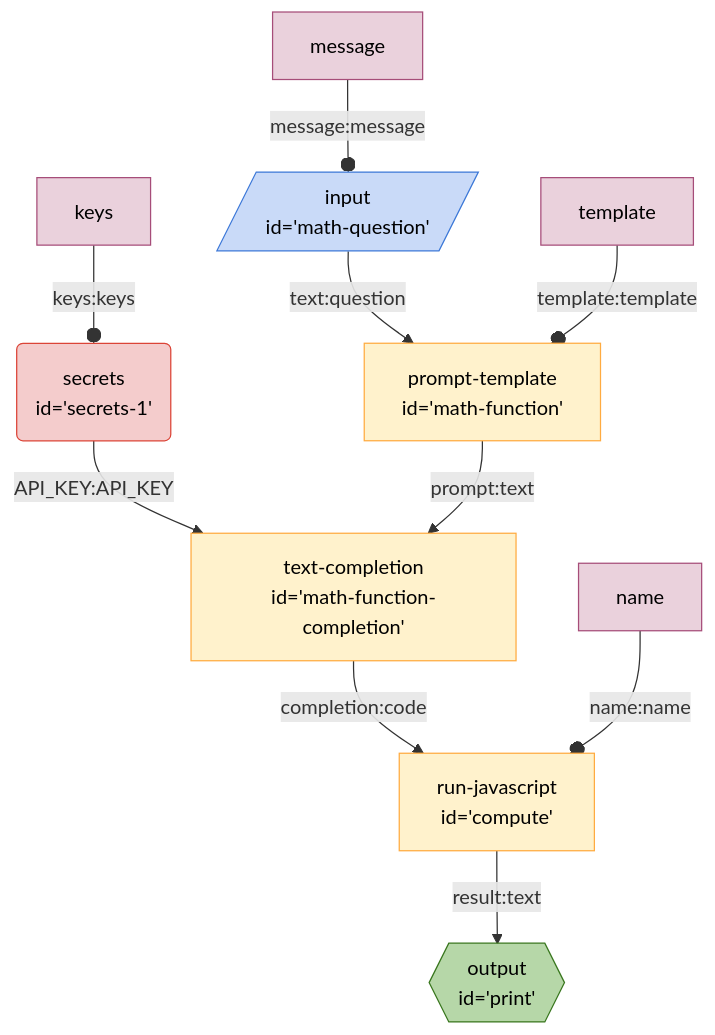
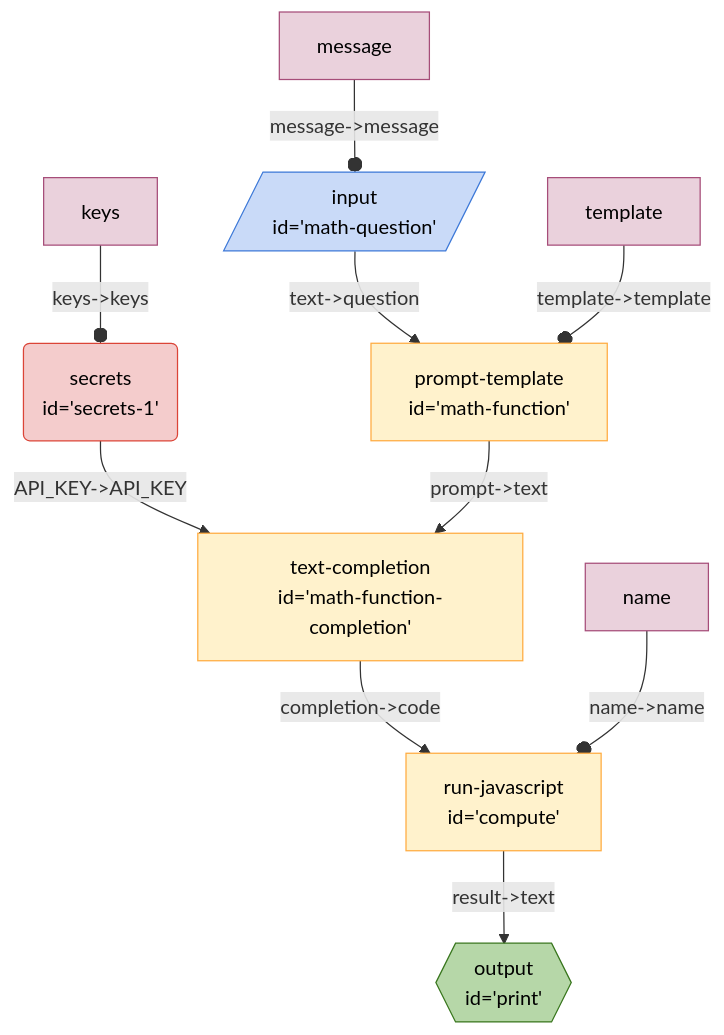
The diagram in seeds/graph-playground/docs/graphs/math.md (breadboard-ai/breadboard), drawn with Mermaid before and after one commit. The commit also changed other lines of this file and 11 other files, not shown here.

First line of the commit message:
[graph-playground] Generate `accumulating-context`.

````diff
--- a/seeds/graph-playground/docs/graphs/math.md
+++ b/seeds/graph-playground/docs/graphs/math.md
@@ -6,31 +5,31 @@
   ```mermaid
   %%{init: 'themeVariables': { 'fontFamily': 'Fira Code, monospace' }}%%
 graph TD;
 compute["run-javascript
-id='compute'"] -- result:text --> print{{"output
+id='compute'"] -- "result->text" --> print{{"output
 id='print'"}}:::output
 mathfunctioncompletion["text-completion
-id='math-function-completion'"] -- completion:code --> compute["run-javascript
+id='math-function-completion'"] -- "completion->code" --> compute["run-javascript
 id='compute'"]
 secrets1("secrets
-id='secrets-1'"):::secrets -- API_KEY:API_KEY --> mathfunctioncompletion["text-completion
+id='secrets-1'"):::secrets -- "API_KEY->API_KEY" --> mathfunctioncompletion["text-completion
 id='math-function-completion'"]
 mathfunction["prompt-template
-id='math-function'"] -- prompt:text --> mathfunctioncompletion["text-completion
+id='math-function'"] -- "prompt->text" --> mathfunctioncompletion["text-completion
 id='math-function-completion'"]
 mathquestion[/"input
-id='math-question'"/]:::input -- text:question --> mathfunction["prompt-template
+id='math-question'"/]:::input -- "text->question" --> mathfunction["prompt-template
 id='math-function'"]
-messagemathquestion[message]:::config -- message:message --o mathquestion
-templatemathfunction[template]:::config -- template:template --o mathfunction
-namecompute[name]:::config -- name:name --o compute
-keyssecrets1[keys]:::config -- keys:keys --o secrets1
+messagemathquestion[message]:::config -- "message->message" --o mathquestion
+templatemathfunction[template]:::config -- "template->template" --o mathfunction
+namecompute[name]:::config -- "name->name" --o compute
+keyssecrets1[keys]:::config -- "keys->keys" --o secrets1
 classDef default stroke:#ffab40,fill:#fff2ccff,color:#000
 classDef input stroke:#3c78d8,fill:#c9daf8ff,color:#000
 classDef output stroke:#38761d,fill:#b6d7a8ff,color:#000
 classDef passthrough stroke:#a64d79,fill:#ead1dcff,color:#000
 classDef slot stroke:#a64d79,fill:#ead1dcff,color:#000
 classDef config stroke:#a64d79,fill:#ead1dcff,color:#000
 classDef secrets stroke:#db4437,fill:#f4cccc,color:#000
 classDef slotted stroke:#a64d79
   ```
````
